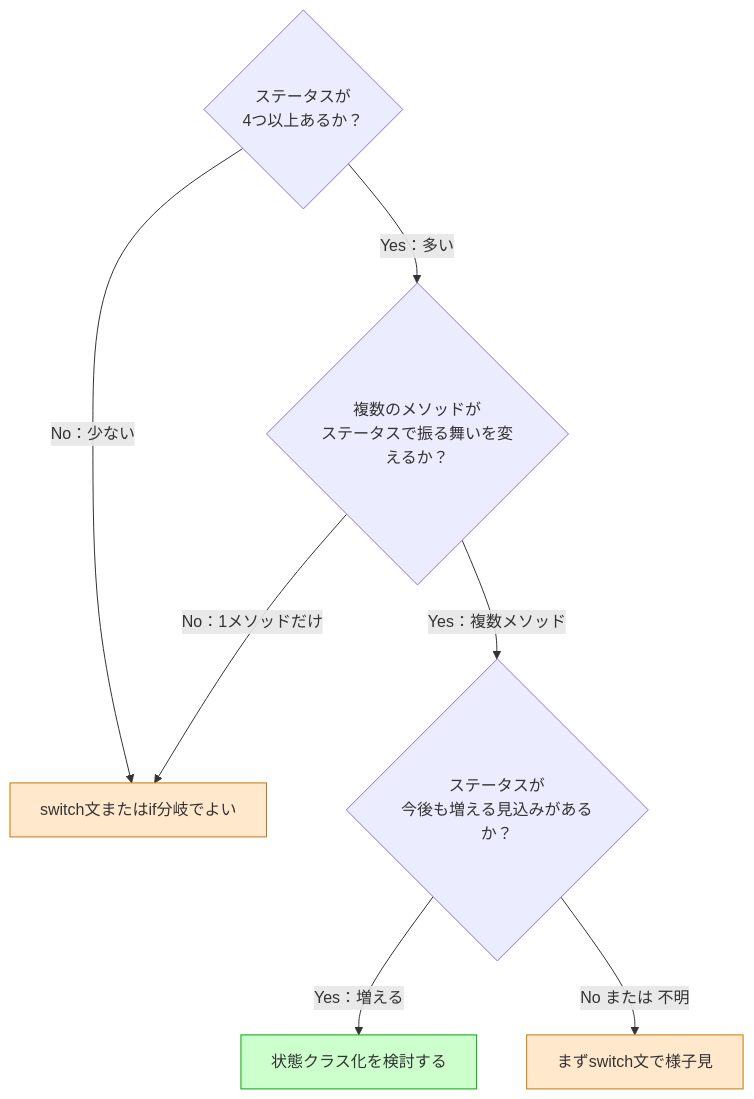
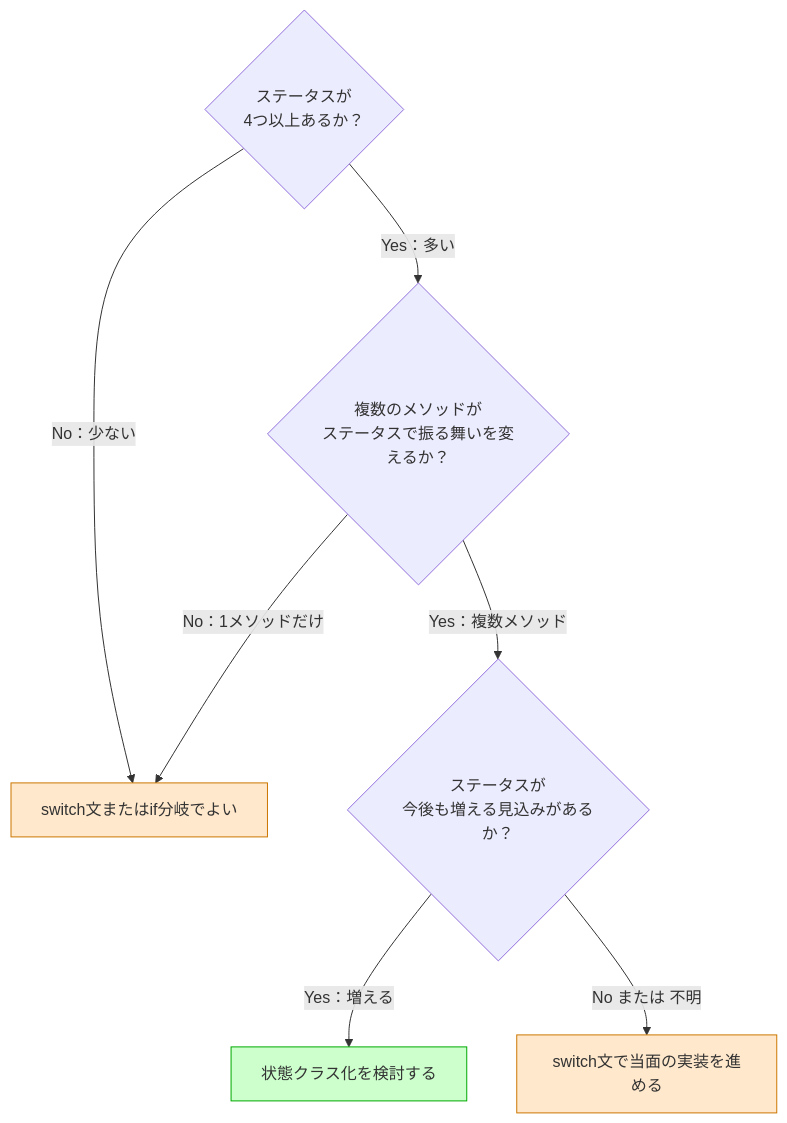
One commit to kumachan1101-pixel/DesignPattern changed the fifth of 8 diagrams in kindle/design-patterns/output/chapter03.md. Above: the diagram before and after it, drawn with Mermaid. The commit also changed other lines of this file, not shown here.

````diff
--- a/kindle/design-patterns/output/chapter03.md
+++ b/kindle/design-patterns/output/chapter03.md
@@ -702,20 +714,20 @@
 ```mermaid
 flowchart TD
     Q1{"ステータスが\n4つ以上あるか？"}
     Q2{"複数のメソッドが\nステータスで振る舞いを変えるか？"}
     Q3{"ステータスが\n今後も増える見込みがあるか？"}
     R1["switch文またはif分岐でよい"]
     R2["状態クラス化を検討する"]
-    R3["まずswitch文で様子見"]
+    R3["switch文で当面の実装を進める"]
 
     Q1 -->|No：少ない| R1
     Q1 -->|Yes：多い| Q2
     Q2 -->|No：1メソッドだけ| R1
     Q2 -->|Yes：複数メソッド| Q3
     Q3 -->|Yes：増える| R2
     Q3 -->|No または 不明| R3
 
     style R2 fill:#ccffcc,stroke:#00aa00
     style R1 fill:#ffe8cc,stroke:#cc7700
     style R3 fill:#ffe8cc,stroke:#cc7700
 ```
````
